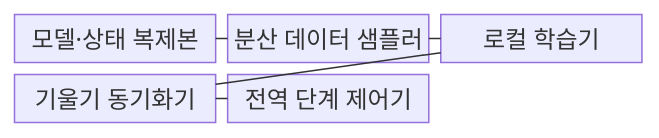
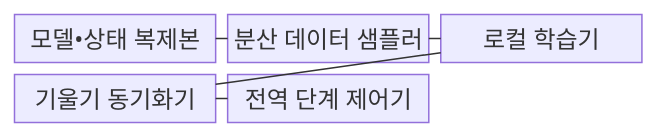
One commit to agnusdei1207/knowledge-base changed the first of 2 diagrams in src/content/docs/notes/08-latest-tech/154_data_parallelism.md. Above: the diagram before and after it, drawn with Mermaid. The commit also changed other lines of this file and 953 other files, not shown here.

````diff
--- a/src/content/docs/notes/08-latest-tech/154_data_parallelism.md
+++ b/src/content/docs/notes/08-latest-tech/154_data_parallelism.md
@@ -68,13 +68,13 @@
 ```mermaid
 block-beta
     columns 3
-    M["모델·상태 복제본"]
+    M["모델•상태 복제본"]
     S["분산 데이터 샘플러"]
     L["로컬 학습기"]
     G["기울기 동기화기"]
     C["전역 단계 제어기"]
     M --- S
     S --- L
     L --- G
     G --- C
 ```
````
